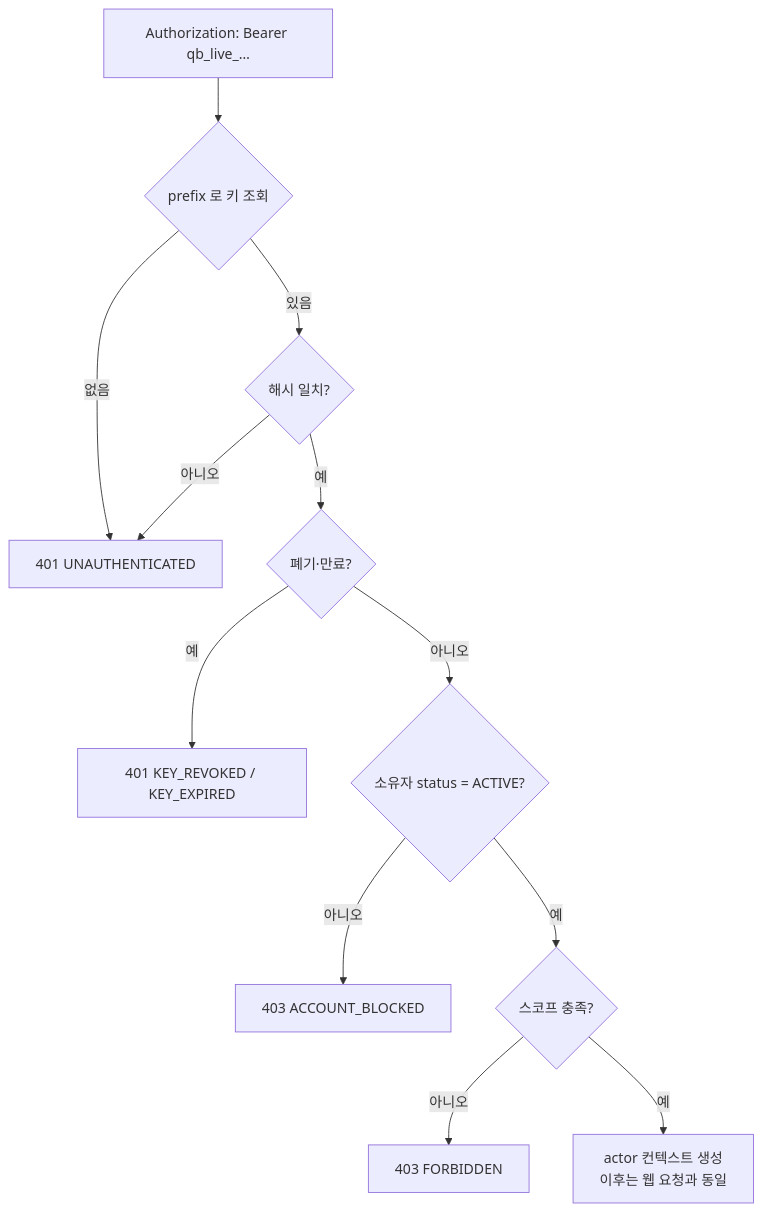
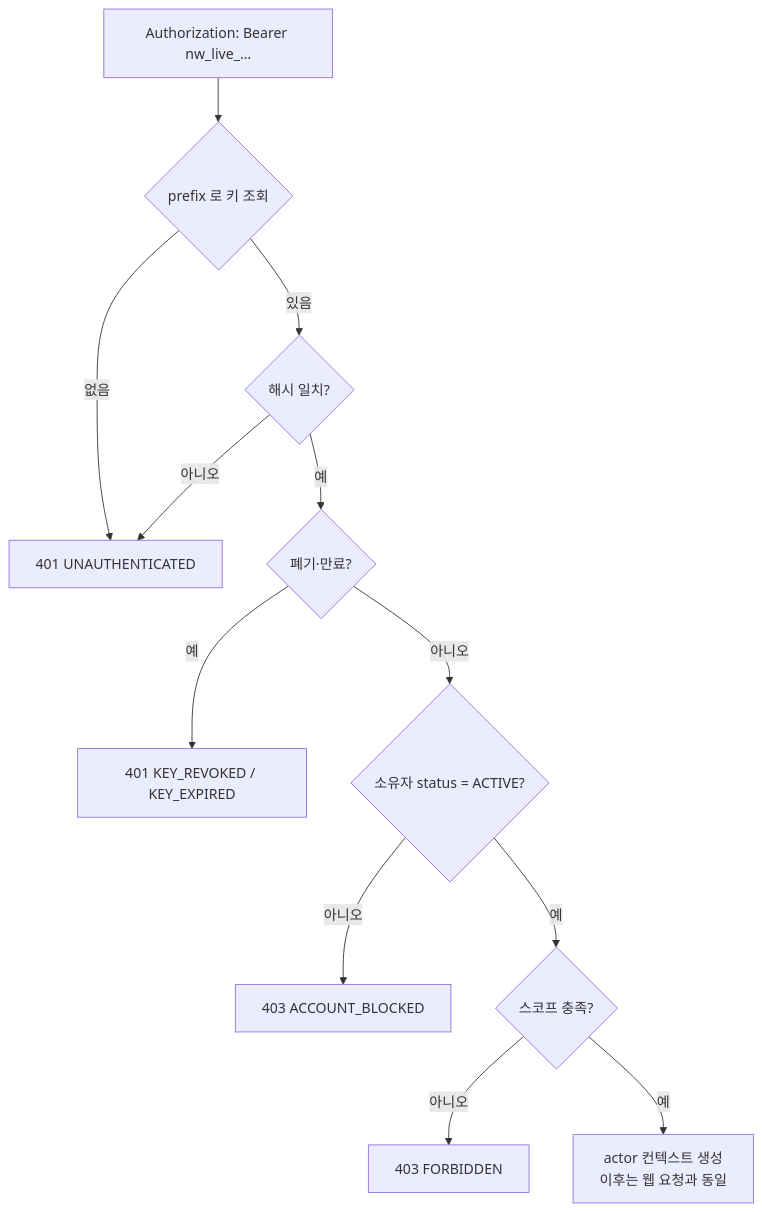
One commit to anerjin/private_project_myteam changed the third of 3 diagrams in _docs/02.개발설계/08_자료수집_파이프라인.md. Above: the diagram before and after it, drawn with Mermaid. The commit also changed other lines of this file and 86 other files, not shown here.

````diff
--- a/_docs/02.개발설계/08_자료수집_파이프라인.md
+++ b/_docs/02.개발설계/08_자료수집_파이프라인.md
@@ -281,14 +281,14 @@
 ```mermaid
 flowchart TD
-    A["Authorization: Bearer qb_live_…"] --> B{"prefix 로 키 조회"}
+    A["Authorization: Bearer nw_live_…"] --> B{"prefix 로 키 조회"}
     B -->|없음| X1["401 UNAUTHENTICATED"]
     B -->|있음| C{"해시 일치?"}
     C -->|아니오| X1
     C -->|예| D{"폐기·만료?"}
     D -->|예| X2["401 KEY_REVOKED / KEY_EXPIRED"]
     D -->|아니오| E{"소유자 status = ACTIVE?"}
     E -->|아니오| X3["403 ACCOUNT_BLOCKED"]
     E -->|예| F{"스코프 충족?"}
     F -->|아니오| X4["403 FORBIDDEN"]
     F -->|예| G["actor 컨텍스트 생성<br/>이후는 웹 요청과 동일"]
 ```
````
